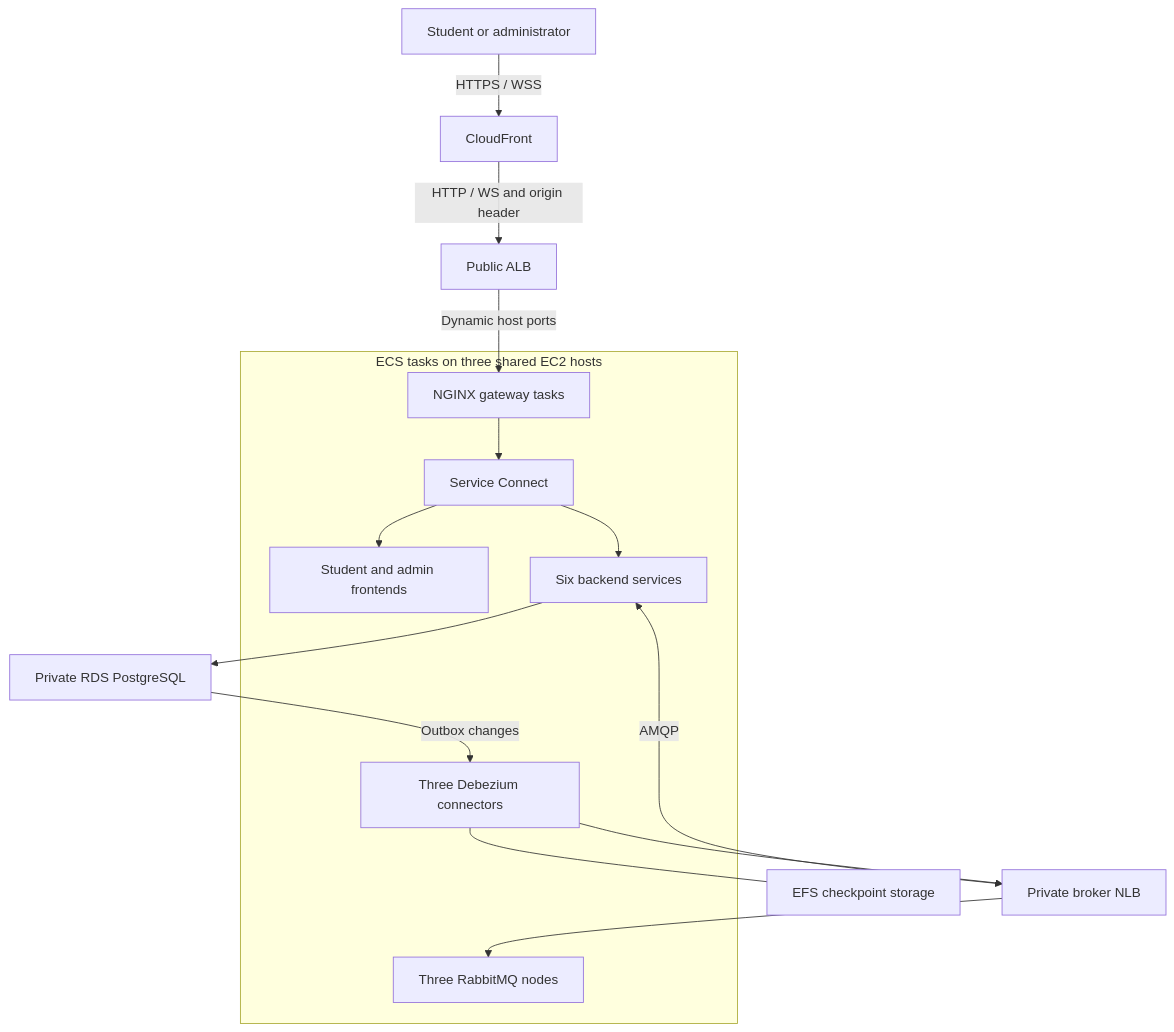
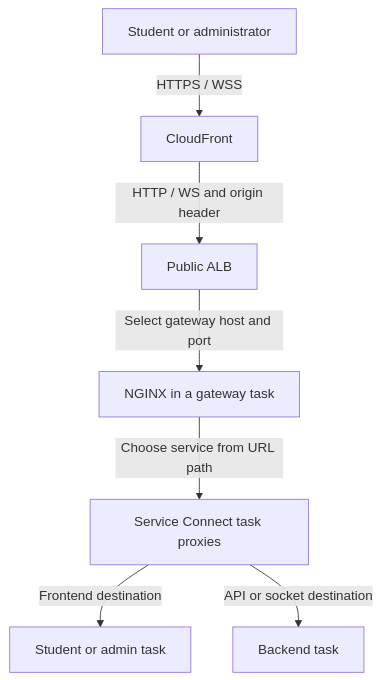
The first of 2 diagrams in docs/new-cloud-architecture-guide.md (AY2627S1-CS3219-P25/friend-on-campus), drawn with Mermaid before and after one commit. The commit also changed other lines of this file and 14 other files, not shown here.

Commit message:
docs: expand developer explanations and recovery diagrams

````diff
--- a/docs/new-cloud-architecture-guide.md
+++ b/docs/new-cloud-architecture-guide.md
@@ -92,19 +112,10 @@
 ```mermaid
+%% AI-generated (edited by Reallyeasy1)
 flowchart TD
     Browser["Student or administrator"] -->|"HTTPS / WSS"| CF["CloudFront"]
     CF -->|"HTTP / WS and origin header"| ALB["Public ALB"]
-    subgraph Fleet["ECS tasks on three shared EC2 hosts"]
-        GW["NGINX gateway tasks"] --> SC["Service Connect"]
-        SC --> UI["Student and admin frontends"]
-        SC --> API["Six backend services"]
-        CDC["Three Debezium connectors"]
-        RMQ["Three RabbitMQ nodes"]
-    end
-    ALB -->|"Dynamic host ports"| GW
-    API --> DB["Private RDS PostgreSQL"]
-    API <-->|"AMQP"| NLB["Private broker NLB"]
-    NLB --> RMQ
-    DB -->|"Outbox changes"| CDC
-    CDC --> NLB
-    CDC --- EFS["EFS checkpoint storage"]
+    ALB -->|"Select gateway host and port"| GW["NGINX in a gateway task"]
+    GW -->|"Choose service from URL path"| SC["Service Connect task proxies"]
+    SC -->|"Frontend destination"| UI["Student or admin task"]
+    SC -->|"API or socket destination"| API["Backend task"]
 ```
````
